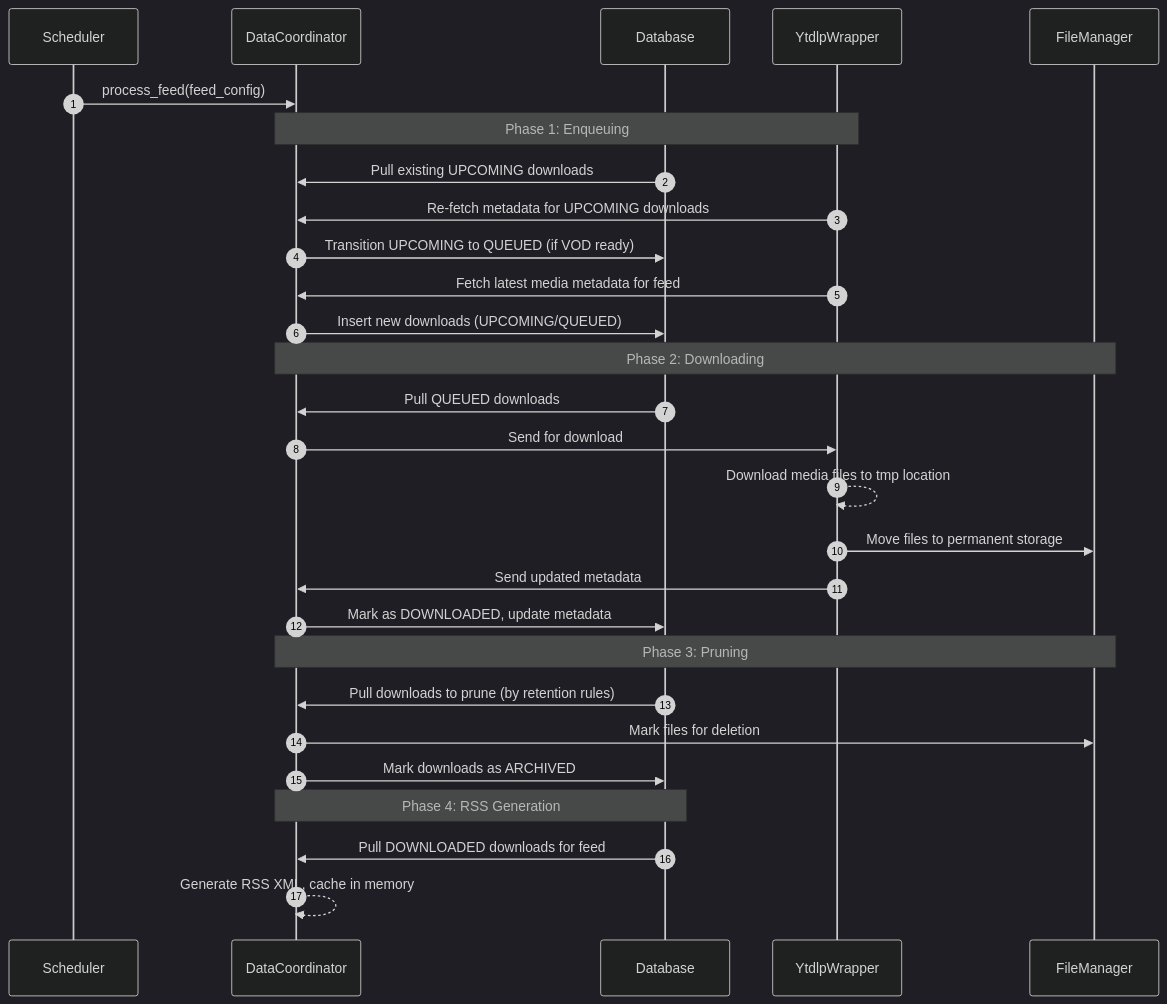
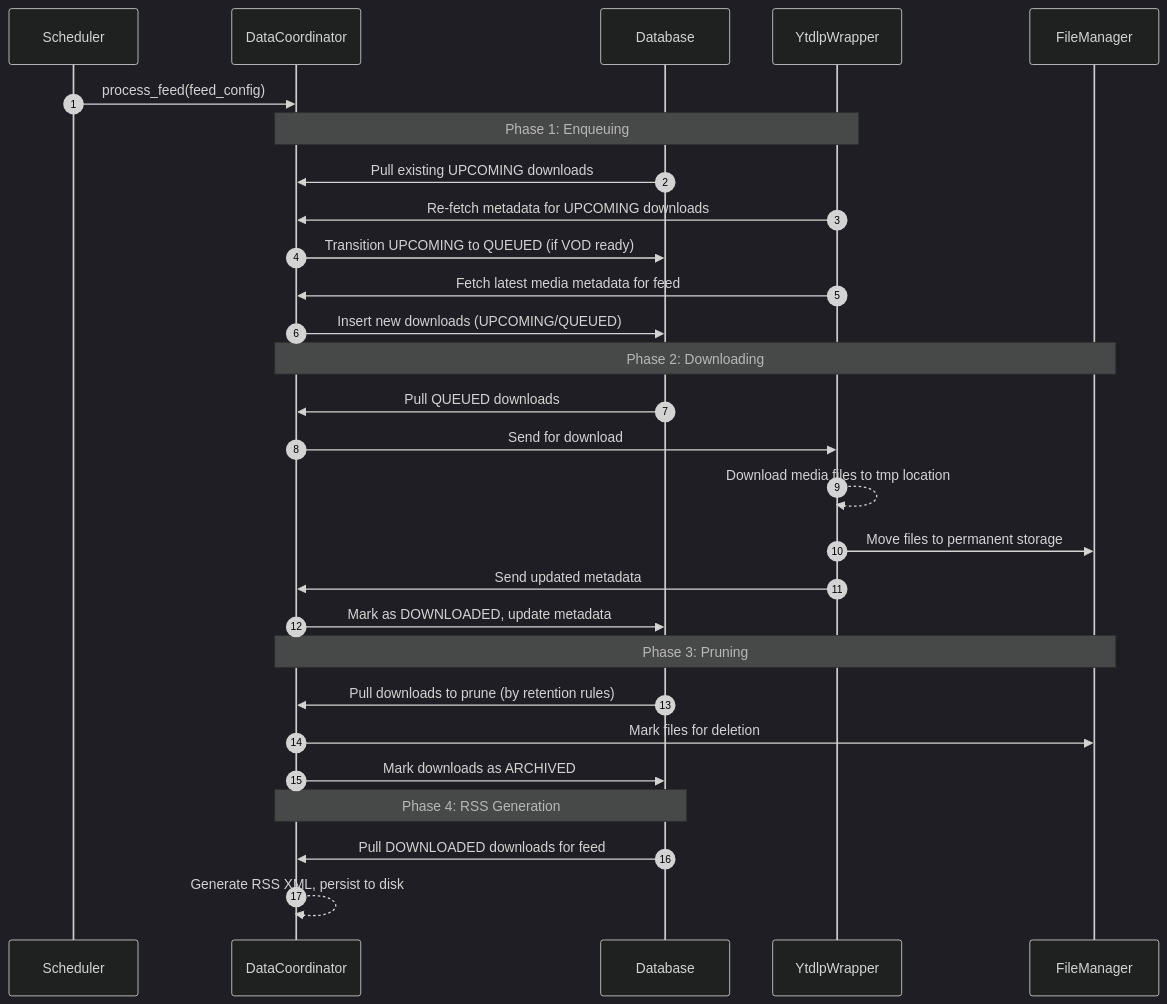
One commit to thurstonsand/anypod changed the third of 3 diagrams in DESIGN_DOC.md. Above: the diagram before and after it, drawn with Mermaid (dark theme). The commit also changed other lines of this file and 21 other files, not shown here.

First line of the commit message:
feat: Persist RSS XML to disk instead of in-memory caching

````diff
--- a/DESIGN_DOC.md
+++ b/DESIGN_DOC.md
@@ -377,35 +377,35 @@
 ```mermaid
 sequenceDiagram
   autonumber
   participant S as Scheduler
   participant DC as DataCoordinator
   participant DB as Database
   participant YW as YtdlpWrapper
   participant FM as FileManager
 
   S->>DC: process_feed(feed_config)
 
   Note over DC,YW: Phase 1: Enqueuing
   DB->>DC: Pull existing UPCOMING downloads
   YW->>DC: Re-fetch metadata for UPCOMING downloads
   DC->>DB: Transition UPCOMING to QUEUED (if VOD ready)
   YW->>DC: Fetch latest media metadata for feed
   DC->>DB: Insert new downloads (UPCOMING/QUEUED)
 
   Note over DC,FM: Phase 2: Downloading
   DB->>DC: Pull QUEUED downloads
   DC->>YW: Send for download
   YW-->>YW: Download media files to tmp location
   YW->>FM: Move files to permanent storage
   YW->>DC: Send updated metadata
   DC->>DB: Mark as DOWNLOADED, update metadata
 
   Note over DC,FM: Phase 3: Pruning
   DB->>DC: Pull downloads to prune (by retention rules)
   DC->>FM: Mark files for deletion
   DC->>DB: Mark downloads as ARCHIVED
 
   Note over DC,DB: Phase 4: RSS Generation
   DB->>DC: Pull DOWNLOADED downloads for feed
-  DC-->>DC: Generate RSS XML, cache in memory
+  DC-->>DC: Generate RSS XML, persist to disk
 ```
````
